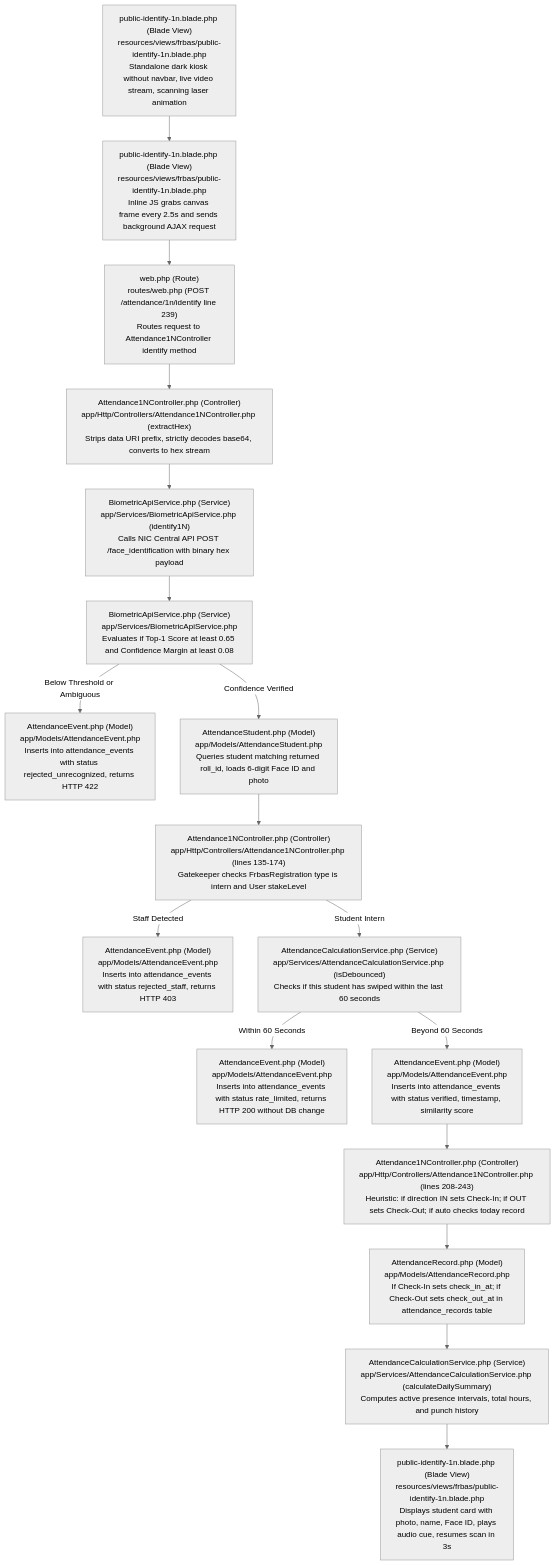
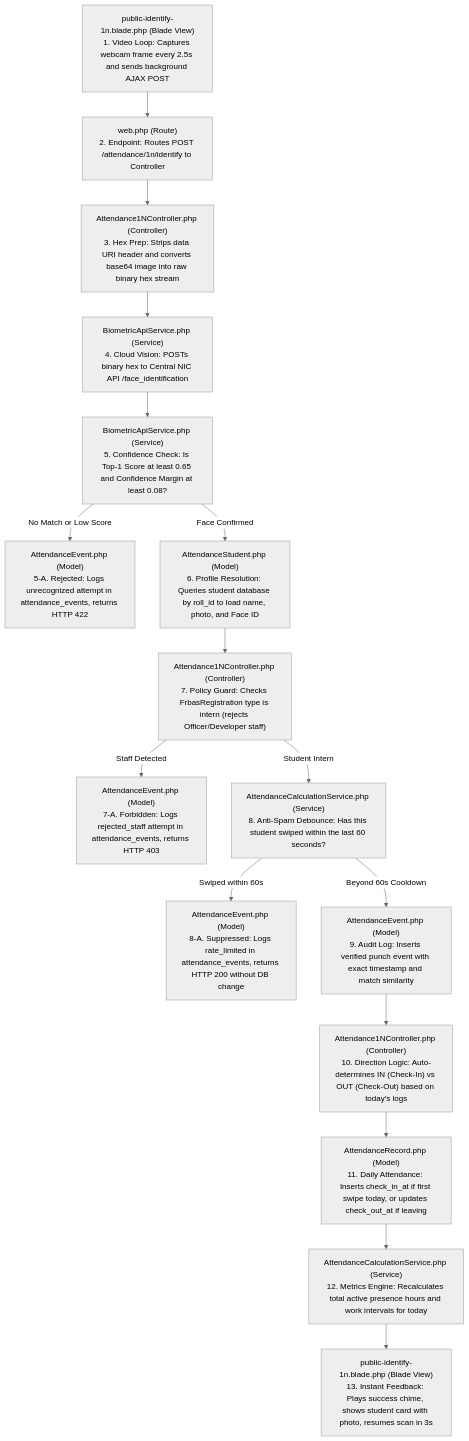
One commit to tanmayjoddar/dfd changed the third of 8 diagrams in dfd.md. Above: the diagram before and after it, drawn with Mermaid (neutral theme). The commit also changed other lines of this file, not shown here.

````diff
--- a/dfd.md
+++ b/dfd.md
@@ -134,37 +164,71 @@
 ```mermaid
 flowchart TD
-    N1["public-identify-1n.blade.php (Blade View)<br>resources/views/frbas/public-identify-1n.blade.php<br>Standalone dark kiosk without navbar, live video stream, scanning laser animation"]
-    N2["public-identify-1n.blade.php (Blade View)<br>resources/views/frbas/public-identify-1n.blade.php<br>Inline JS grabs canvas frame every 2.5s and sends background AJAX request"]
-    N3["web.php (Route)<br>routes/web.php (POST /attendance/1n/identify line 239)<br>Routes request to Attendance1NController identify method"]
-    N4["Attendance1NController.php (Controller)<br>app/Http/Controllers/Attendance1NController.php (extractHex)<br>Strips data URI prefix, strictly decodes base64, converts to hex stream"]
-    N5["BiometricApiService.php (Service)<br>app/Services/BiometricApiService.php (identify1N)<br>Calls NIC Central API POST /face_identification with binary hex payload"]
-    N6["BiometricApiService.php (Service)<br>app/Services/BiometricApiService.php<br>Evaluates if Top-1 Score at least 0.65 and Confidence Margin at least 0.08"]
-    N6A["AttendanceEvent.php (Model)<br>app/Models/AttendanceEvent.php<br>Inserts into attendance_events with status rejected_unrecognized, returns HTTP 422"]
-    N7["AttendanceStudent.php (Model)<br>app/Models/AttendanceStudent.php<br>Queries student matching returned roll_id, loads 6-digit Face ID and photo"]
-    N8["Attendance1NController.php (Controller)<br>app/Http/Controllers/Attendance1NController.php (lines 135-174)<br>Gatekeeper checks FrbasRegistration type is intern and User stakeLevel"]
-    N8A["AttendanceEvent.php (Model)<br>app/Models/AttendanceEvent.php<br>Inserts into attendance_events with status rejected_staff, returns HTTP 403"]
-    N9["AttendanceCalculationService.php (Service)<br>app/Services/AttendanceCalculationService.php (isDebounced)<br>Checks if this student has swiped within the last 60 seconds"]
-    N9A["AttendanceEvent.php (Model)<br>app/Models/AttendanceEvent.php<br>Inserts into attendance_events with status rate_limited, returns HTTP 200 without DB change"]
-    N10["AttendanceEvent.php (Model)<br>app/Models/AttendanceEvent.php<br>Inserts into attendance_events with status verified, timestamp, similarity score"]
-    N11["Attendance1NController.php (Controller)<br>app/Http/Controllers/Attendance1NController.php (lines 208-243)<br>Heuristic: if direction IN sets Check-In; if OUT sets Check-Out; if auto checks today record"]
-    N12["AttendanceRecord.php (Model)<br>app/Models/AttendanceRecord.php<br>If Check-In sets check_in_at; if Check-Out sets check_out_at in attendance_records table"]
-    N13["AttendanceCalculationService.php (Service)<br>app/Services/AttendanceCalculationService.php (calculateDailySummary)<br>Computes active presence intervals, total hours, and punch history"]
-    N14["public-identify-1n.blade.php (Blade View)<br>resources/views/frbas/public-identify-1n.blade.php<br>Displays student card with photo, name, Face ID, plays audio cue, resumes scan in 3s"]
+    %% FRONTEND CLIENT CAPTURE
+    Step1["public-identify-1n.blade.php (Blade View)<br>1. Video Loop: Captures webcam frame every 2.5s and sends background AJAX POST"]
+    
+    %% ROUTING
+    Step2["web.php (Route)<br>2. Endpoint: Routes POST /attendance/1n/identify to Controller"]
+    
+    %% INGESTION & HEX CONVERSION
+    Step3["Attendance1NController.php (Controller)<br>3. Hex Prep: Strips data URI header and converts base64 image into raw binary hex stream"]
+    
+    %% BIOMETRIC AI CLOUD API
+    Step4["BiometricApiService.php (Service)<br>4. Cloud Vision: POSTs binary hex to Central NIC API /face_identification"]
+    
+    %% CONFIDENCE GUARD
+    Step5["BiometricApiService.php (Service)<br>5. Confidence Check: Is Top-1 Score at least 0.65 and Confidence Margin at least 0.08?"]
+    
+    %% REJECT: UNKNOWN
+    Fail_Unknown["AttendanceEvent.php (Model)<br>5-A. Rejected: Logs unrecognized attempt in attendance_events, returns HTTP 422"]
+    
+    %% LOOKUP PROFILE
+    Step6["AttendanceStudent.php (Model)<br>6. Profile Resolution: Queries student database by roll_id to load name, photo, and Face ID"]
+    
+    %% GATEKEEPER: INTERN ONLY
+    Step7["Attendance1NController.php (Controller)<br>7. Policy Guard: Checks FrbasRegistration type is intern (rejects Officer/Developer staff)"]
+    
+    %% REJECT: STAFF
+    Fail_Staff["AttendanceEvent.php (Model)<br>7-A. Forbidden: Logs rejected_staff attempt in attendance_events, returns HTTP 403"]
+    
+    %% 60-SECOND DEBOUNCE FILTER
+    Step8["AttendanceCalculationService.php (Service)<br>8. Anti-Spam Debounce: Has this student swiped within the last 60 seconds?"]
+    
+    %% REJECT: DUPLICATE SWIPE
+    Fail_Debounce["AttendanceEvent.php (Model)<br>8-A. Suppressed: Logs rate_limited in attendance_events, returns HTTP 200 without DB change"]
+    
+    %% LOG VERIFIED AUDIT PUNCH
+    Step9["AttendanceEvent.php (Model)<br>9. Audit Log: Inserts verified punch event with exact timestamp and match similarity"]
+    
+    %% DIRECTION HEURISTIC (IN / OUT)
+    Step10["Attendance1NController.php (Controller)<br>10. Direction Logic: Auto-determines IN (Check-In) vs OUT (Check-Out) based on today's logs"]
+    
+    %% SYNC DAILY CONSOLIDATED RECORD
+    Step11["AttendanceRecord.php (Model)<br>11. Daily Attendance: Inserts check_in_at if first swipe today, or updates check_out_at if leaving"]
+    
+    %% RECALCULATE SHIFT HOURS
+    Step12["AttendanceCalculationService.php (Service)<br>12. Metrics Engine: Recalculates total active presence hours and work intervals for today"]
+    
+    %% SUCCESS RESPONSE & UI UPDATE
+    Step13["public-identify-1n.blade.php (Blade View)<br>13. Instant Feedback: Plays success chime, shows student card with photo, resumes scan in 3s"]
 
-    N1 --> N2
-    N2 --> N3
-    N3 --> N4
-    N4 --> N5
-    N5 --> N6
-    N6 -->|Below Threshold or Ambiguous| N6A
-    N6 -->|Confidence Verified| N7
-    N7 --> N8
-    N8 -->|Staff Detected| N8A
-    N8 -->|Student Intern| N9
-    N9 -->|Within 60 Seconds| N9A
-    N9 -->|Beyond 60 Seconds| N10
-    N10 --> N11
-    N11 --> N12
-    N12 --> N13
-    N13 --> N14
+    %% CONNECTING THE STORY
+    Step1 --> Step2
+    Step2 --> Step3
+    Step3 --> Step4
+    Step4 --> Step5
+    
+    Step5 -->|No Match or Low Score| Fail_Unknown
+    Step5 -->|Face Confirmed| Step6
+    
+    Step6 --> Step7
+    Step7 -->|Staff Detected| Fail_Staff
+    Step7 -->|Student Intern| Step8
+    
+    Step8 -->|Swiped within 60s| Fail_Debounce
+    Step8 -->|Beyond 60s Cooldown| Step9
+    
+    Step9 --> Step10
+    Step10 --> Step11
+    Step11 --> Step12
+    Step12 --> Step13
 ```
````
